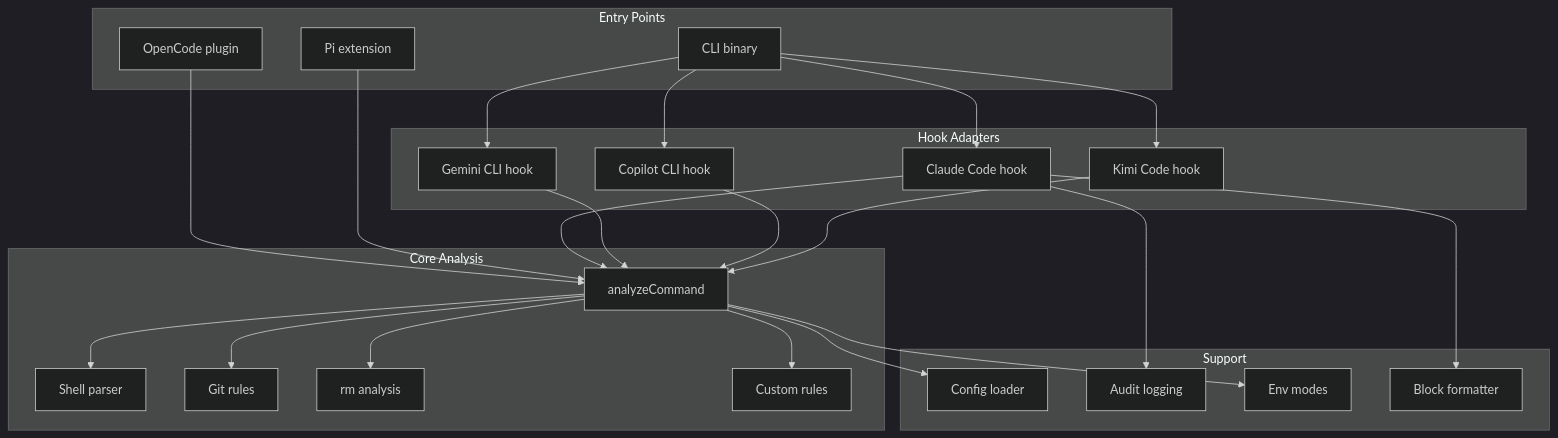
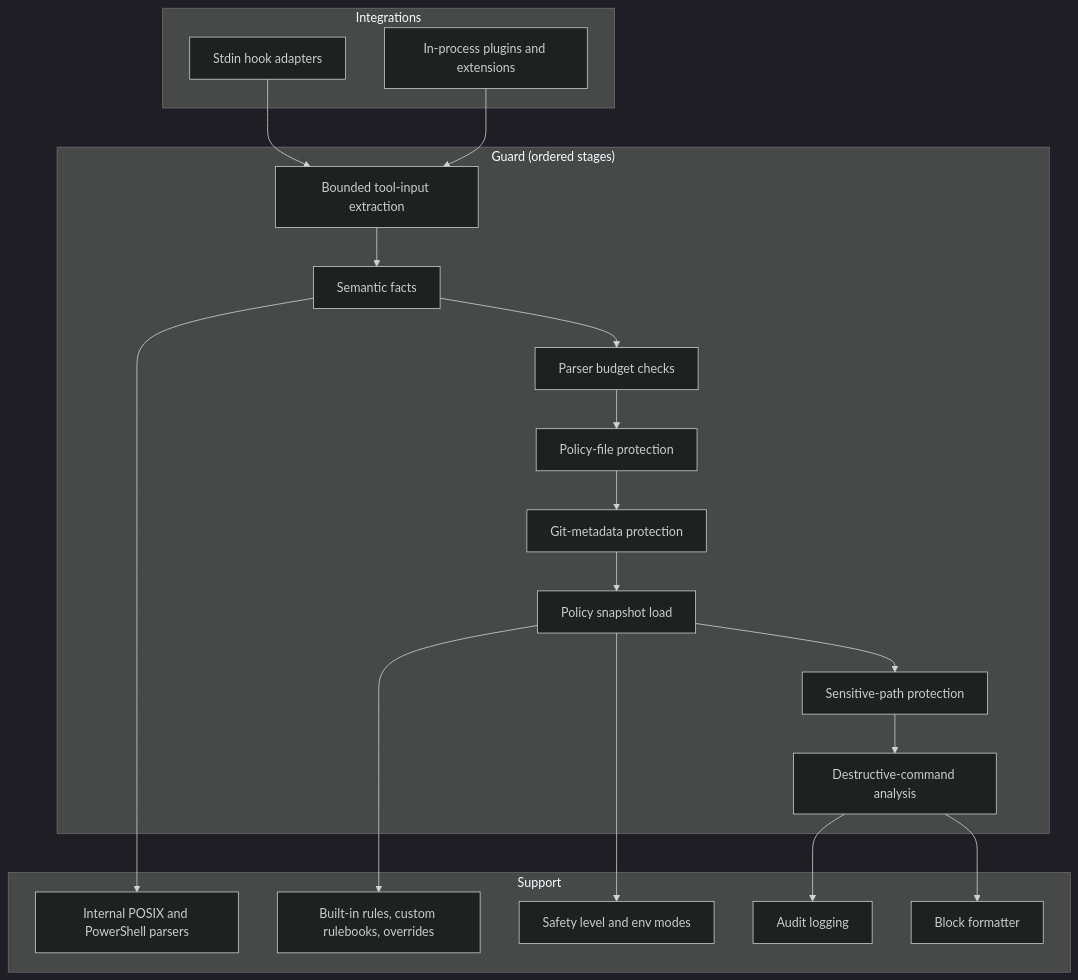
The first of 2 diagrams in guides/architecture.mdx (kenryu42/cc-safety-net-docs), drawn with Mermaid (dark theme) before and after one commit. The commit also changed other lines of this file and 27 other files, not shown here.

````diff
--- a/guides/architecture.mdx
+++ b/guides/architecture.mdx
@@ -11,52 +13,43 @@
 ```mermaid
 graph TD
-    subgraph Entry Points
-        CLI["CLI binary"]
-        OCPlugin["OpenCode plugin"]
-        PiExt["Pi extension"]
+    subgraph Integrations
+        Hooks["Stdin hook adapters"]
+        InProc["In-process plugins and extensions"]
     end
 
-    subgraph Hook Adapters
-        ClaudeHook["Claude Code hook"]
-        GeminiHook["Gemini CLI hook"]
-        CopilotHook["Copilot CLI hook"]
-        KimiHook["Kimi Code hook"]
-    end
-
-    subgraph Core Analysis
-        Analyze["analyzeCommand"]
-        Shell["Shell parser"]
-        GitRules["Git rules"]
-        RmRules["rm analysis"]
-        CustomRules["Custom rules"]
+    subgraph Guard["Guard (ordered stages)"]
+        Extract["Bounded tool-input extraction"]
+        Facts["Semantic facts"]
+        Budgets["Parser budget checks"]
+        PolicyGuard["Policy-file protection"]
+        GitGuard["Git-metadata protection"]
+        Snapshot["Policy snapshot load"]
+        Secret["Sensitive-path protection"]
+        Analyze["Destructive-command analysis"]
     end
 
     subgraph Support
-        Config["Config loader"]
+        Parsers["Internal POSIX and PowerShell parsers"]
+        Rules["Built-in rules, custom rulebooks, overrides"]
+        Env["Safety level and env modes"]
         Audit["Audit logging"]
-        Env["Env modes"]
         Format["Block formatter"]
     end
 
-    CLI --> ClaudeHook
-    CLI --> GeminiHook
-    CLI --> CopilotHook
-    CLI --> KimiHook
-    OCPlugin --> Analyze
-    PiExt --> Analyze
+    Hooks --> Extract
+    InProc --> Extract
 
-    ClaudeHook --> Analyze
-    GeminiHook --> Analyze
-    CopilotHook --> Analyze
-    KimiHook --> Analyze
+    Extract --> Facts
+    Facts --> Budgets
+    Budgets --> PolicyGuard
+    PolicyGuard --> GitGuard
+    GitGuard --> Snapshot
+    Snapshot --> Secret
+    Secret --> Analyze
 
-    Analyze --> Shell
-    Analyze --> GitRules
-    Analyze --> RmRules
-    Analyze --> CustomRules
-
-    Analyze --> Config
-    Analyze --> Env
-    ClaudeHook --> Audit
-    ClaudeHook --> Format
+    Facts --> Parsers
+    Snapshot --> Rules
+    Snapshot --> Env
+    Analyze --> Format
+    Analyze --> Audit
 ```
````
